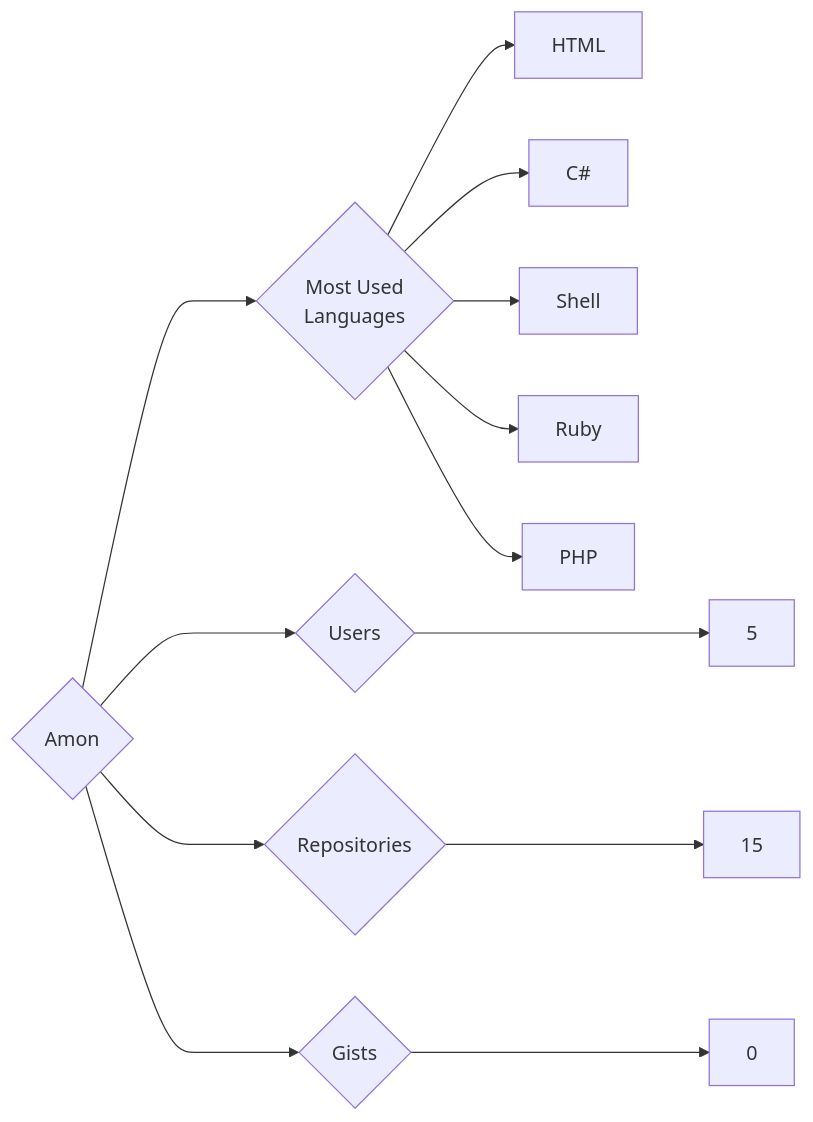
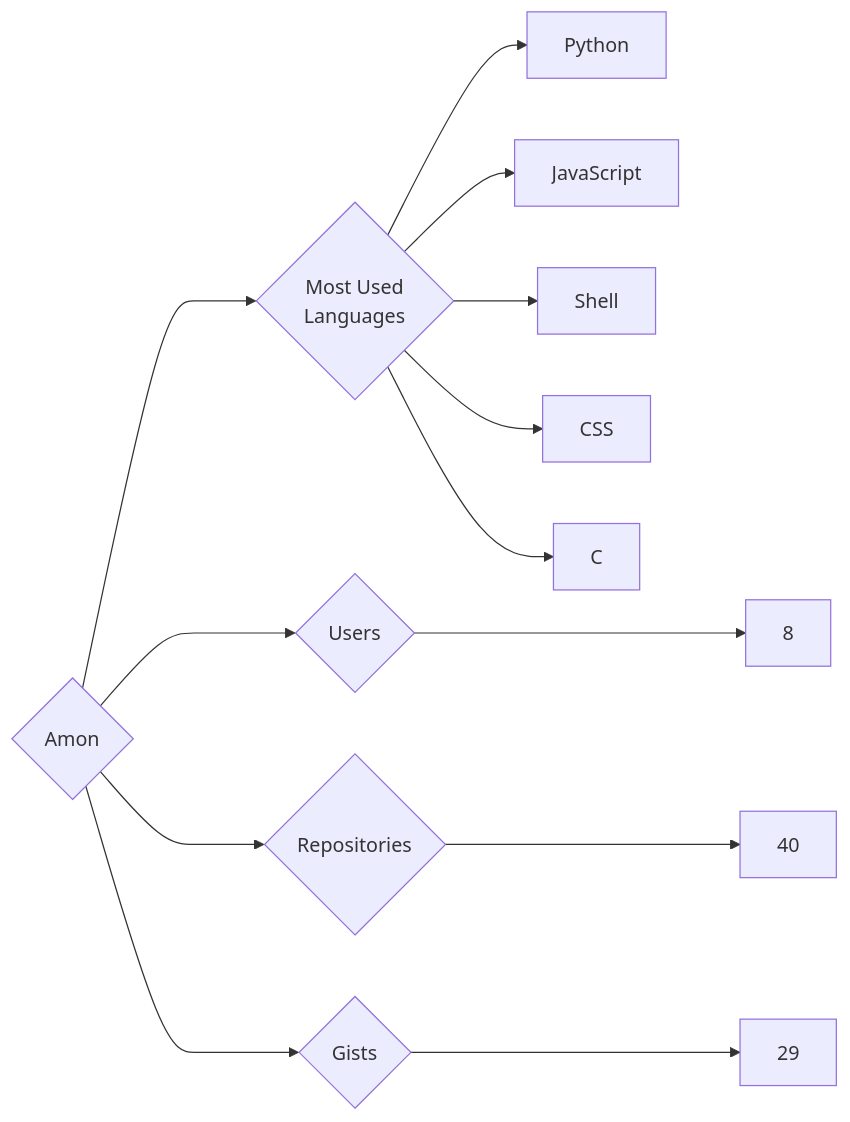
Before and after one commit to trickest/insiders: the diagram in targets/Amon/README.md, drawn with Mermaid. The commit also changed 928 other files, not shown here.

````diff
--- a/targets/Amon/README.md
+++ b/targets/Amon/README.md
@@ -3,13 +3,13 @@
 ```mermaid
 graph LR
 COMPANY_NAME{Amon}
-COMPANY_NAME ---> U{Users} ---> UN[5]
-COMPANY_NAME ---> R{Repositories} ---> RN[15]
-COMPANY_NAME ---> G{Gists} ---> GN[0]
+COMPANY_NAME ---> U{Users} ---> UN[8]
+COMPANY_NAME ---> R{Repositories} ---> RN[40]
+COMPANY_NAME ---> G{Gists} ---> GN[29]
 COMPANY_NAME ---> ML{Most Used<br>Languages}
-ML --> HTML[HTML]
-ML --> C#[C#]
+ML --> Python[Python]
+ML --> JavaScript[JavaScript]
 ML --> Shell[Shell]
-ML --> Ruby[Ruby]
-ML --> PHP[PHP]
+ML --> CSS[CSS]
+ML --> C[C]
 ```
````
